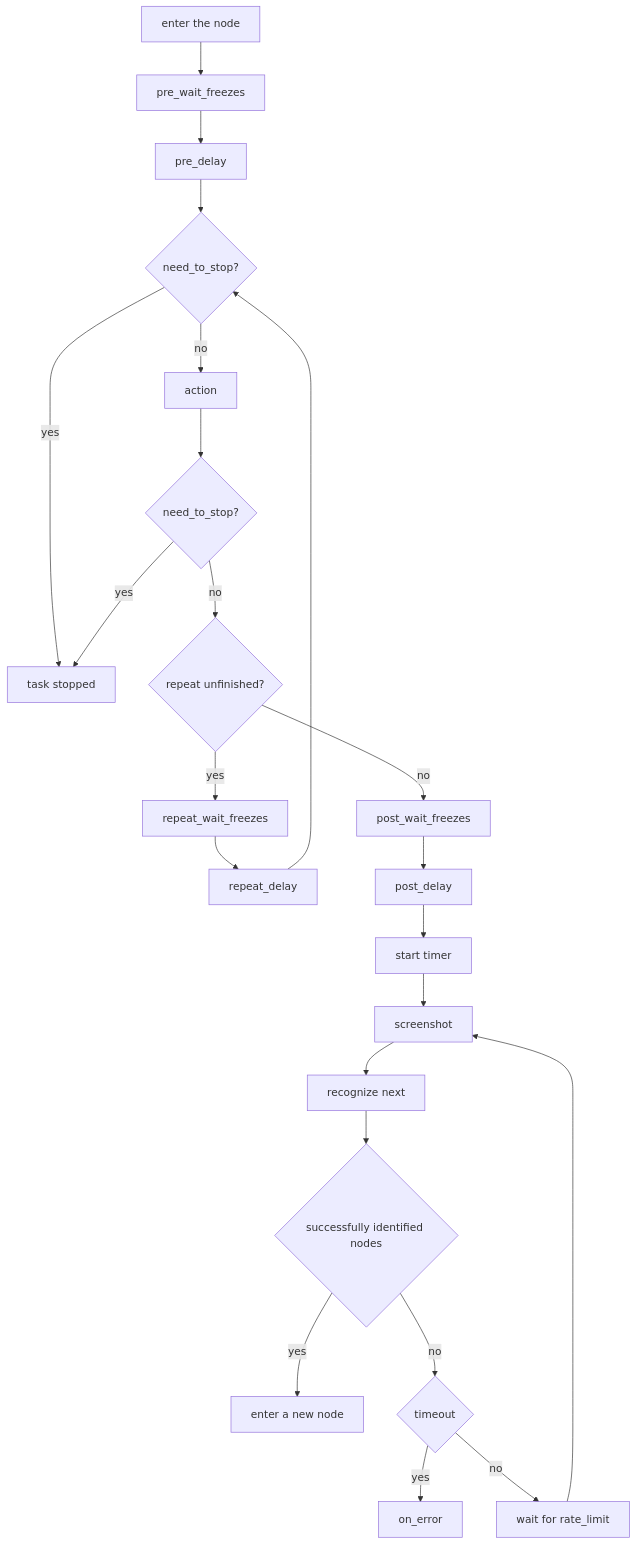
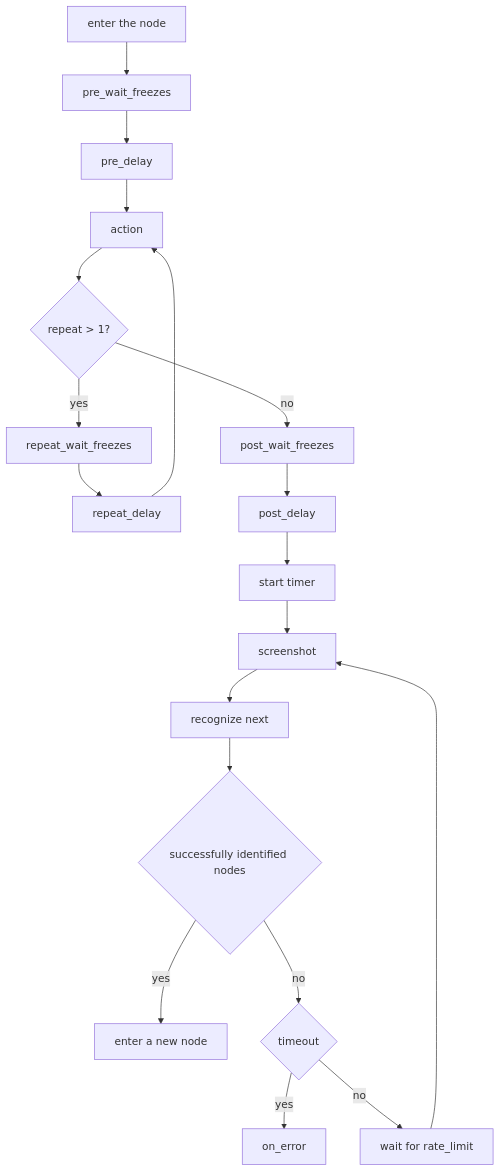
The third of 4 diagrams in docs/en_us/3.1-PipelineProtocol.md (MaaXYZ/MaaFramework), drawn with Mermaid before and after one commit. The commit also changed other lines of this file and 1 other file, not shown here.

````diff
--- a/docs/en_us/3.1-PipelineProtocol.md
+++ b/docs/en_us/3.1-PipelineProtocol.md
@@ -297,25 +265,21 @@
 ```mermaid
     graph TB
         A[enter the node] --> B[pre_wait_freezes]
         B --> C[pre_delay]
-        C --> S0{need_to_stop?}
-        S0 -->|yes| T[task stopped]
-        S0 -->|no| D[action]
-        D --> S{need_to_stop?}
-        S -->|yes| T
-        S -->|no| M{repeat unfinished?}
+        C --> D[action]
+        D --> M{repeat > 1?}
         M -->|yes| N[repeat_wait_freezes]
         N --> O[repeat_delay]
-        O --> S0
+        O --> D
         M -->|no| E[post_wait_freezes]
         E --> F[post_delay]
         F --> Q[start timer]
         Q --> P[screenshot]
         P --> G[recognize next]
         G --> H{successfully identified nodes}
         H -->|yes| I[enter a new node]
         H -->|no| J{timeout}
         J -->|yes| K[on_error]
         J -->|no| L[wait for rate_limit]
         L --> P
 ```
````
